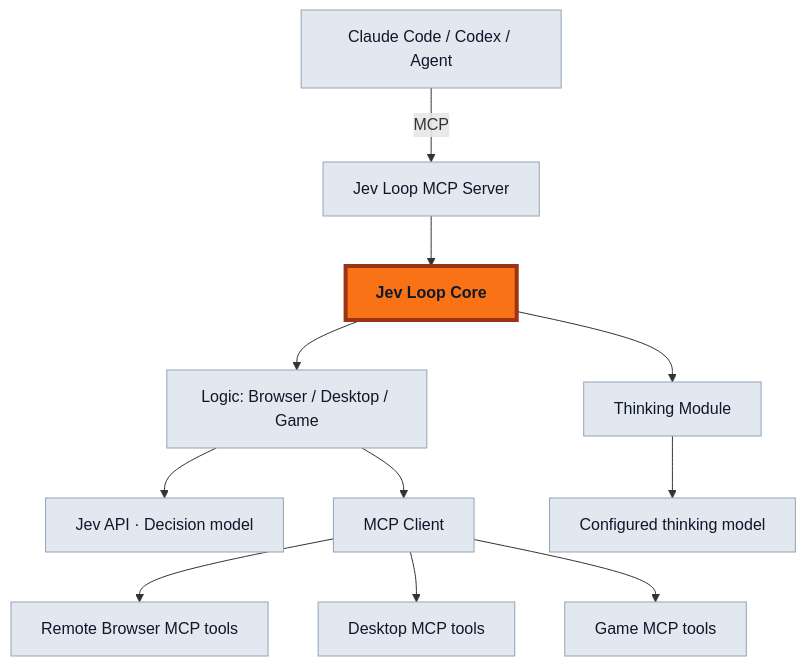
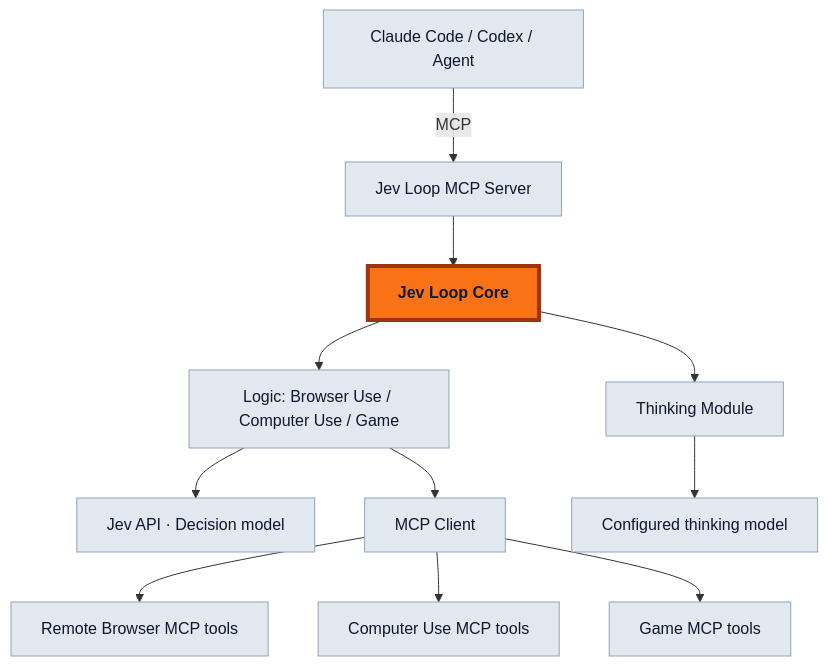
Before and after one commit to 0xMaxMa/jev-loop: the diagram in README.md, drawn with Mermaid. The commit also changed other lines of this file and 13 other files, not shown here.

Commit message:
feat!: add Computer Use and live task revisions; rename Browser Use without aliases

````diff
--- a/README.md
+++ b/README.md
@@ -7,17 +7,17 @@
 ```mermaid
 flowchart TD
     A[Claude Code / Codex / Agent] -->|MCP| S[Jev Loop MCP Server]
     S --> C[Jev Loop Core]
-    C --> L[Logic: Browser / Desktop / Game]
+    C --> L[Logic: Browser Use / Computer Use / Game]
     L --> J[Jev API · Decision model]
     C --> T[Thinking Module]
     T --> M[Configured thinking model]
     L --> P[MCP Client]
     P --> B[Remote Browser MCP tools]
-    P --> D[Desktop MCP tools]
+    P --> D[Computer Use MCP tools]
     P --> G[Game MCP tools]
     classDef core fill:#f97316,stroke:#9a3412,stroke-width:4px,color:#111827,font-weight:bold;
     classDef supporting fill:#e2e8f0,stroke:#94a3b8,color:#0f172a;
     class C core;
     class A,S,L,J,T,M,P,B,D,G supporting;
 ```
````
